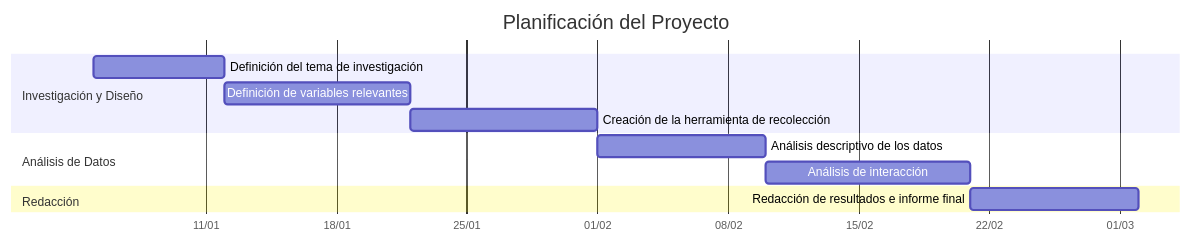
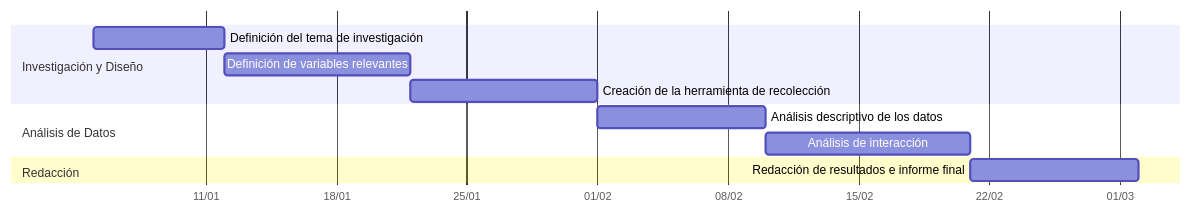
Before and after one commit to nicolasllerenas/pg1-estadistica-y-probabilidades: the diagram in G3_Informe.qmd, drawn with Mermaid. The commit also changed other lines of this file and 3 other files, not shown here.

````diff
--- a/G3_Informe.qmd
+++ b/G3_Informe.qmd
@@ -39,19 +42,18 @@
 ```{mermaid}
 gantt
-    title Planificación del Proyecto
     dateFormat YYYY-MM-DD
     axisFormat %d/%m
     todayMarker off
     
     section Investigación y Diseño
     Definición del tema de investigación        :a1, 2026-01-05, 7d
     Definición de variables relevantes          :a2, 2026-01-12, 10d
     Creación de la herramienta de recolección   :a3, 2026-01-22, 10d
     
     section Análisis de Datos
     Análisis descriptivo de los datos           :b1, 2026-02-01, 9d
     Análisis de interacción                     :b2, 2026-02-10, 11d
     
     section Redacción
     Redacción de resultados e informe final     :d1, 2026-02-21, 9d
 ```
````
